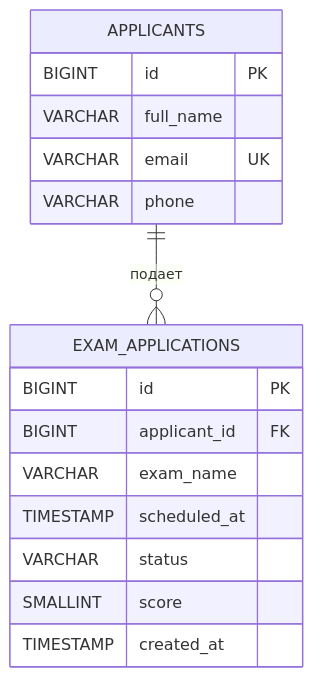
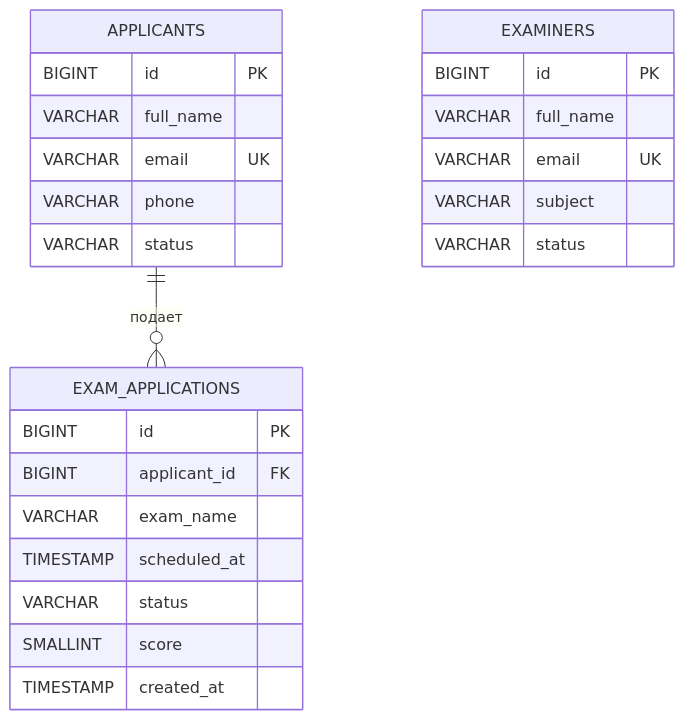
The diagram in docs/er-diagram.md (Saveliy124/exam_pks), drawn with Mermaid before and after one commit. The commit also changed other lines of this file and 32 other files, not shown here.

````diff
--- a/docs/er-diagram.md
+++ b/docs/er-diagram.md
@@ -3,19 +3,27 @@
 ```mermaid
 erDiagram
     APPLICANTS ||--o{ EXAM_APPLICATIONS : "подает"
     APPLICANTS {
         BIGINT id PK
         VARCHAR full_name
         VARCHAR email UK
         VARCHAR phone
+        VARCHAR status
     }
     EXAM_APPLICATIONS {
         BIGINT id PK
         BIGINT applicant_id FK
         VARCHAR exam_name
         TIMESTAMP scheduled_at
         VARCHAR status
         SMALLINT score
         TIMESTAMP created_at
     }
+    EXAMINERS {
+        BIGINT id PK
+        VARCHAR full_name
+        VARCHAR email UK
+        VARCHAR subject
+        VARCHAR status
+    }
 ```
````
